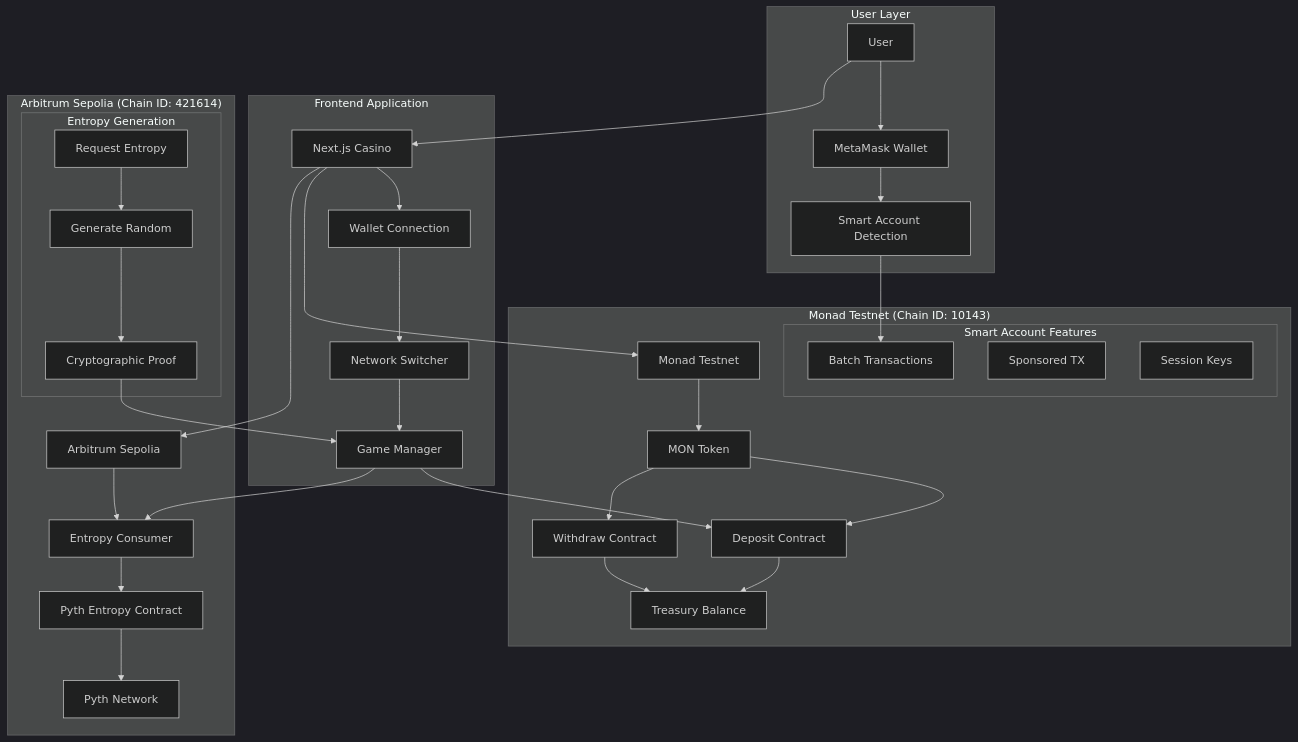
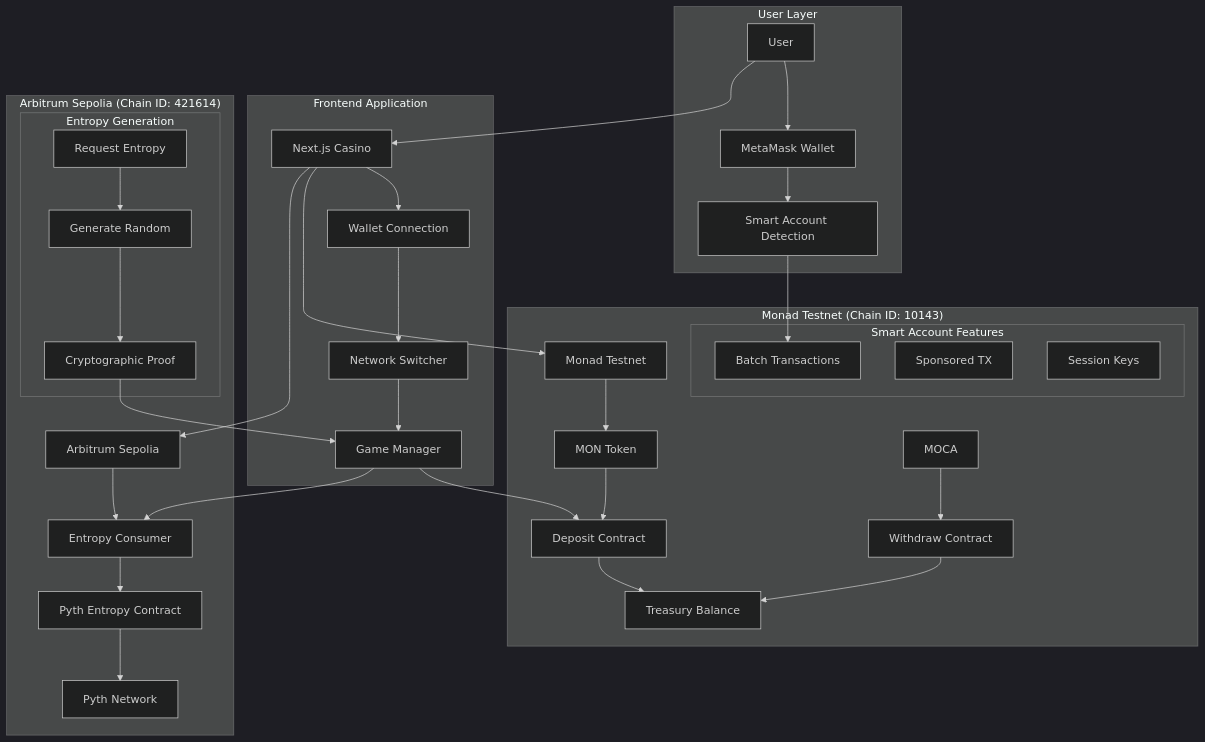
The fifth of 21 diagrams in MERMAID_DIAGRAMS.md (AmaanSayyad/APT-Casino-Moca), drawn with Mermaid (dark theme) before and after one commit. The commit also changed other lines of this file and 78 other files, not shown here.

Commit message:
moca contract and treasury update

````diff
--- a/MERMAID_DIAGRAMS.md
+++ b/MERMAID_DIAGRAMS.md
@@ -164,49 +164,49 @@
 ```mermaid
 graph TB
     subgraph User["User Layer"]
         U[User] --> W[MetaMask Wallet]
         W --> SA[Smart Account Detection]
     end
     
     subgraph Frontend["Frontend Application"]
         F[Next.js Casino] --> WC[Wallet Connection]
         WC --> NS[Network Switcher]
         NS --> GM[Game Manager]
     end
     
     subgraph MonadNet["Monad Testnet (Chain ID: 10143)"]
         MT[Monad Testnet] --> MON[MON Token]
         MON --> DEP[Deposit Contract]
-        MON --> WITH[Withdraw Contract]
+        MOCA --> WITH[Withdraw Contract]
         DEP --> TB[Treasury Balance]
         WITH --> TB
         
         subgraph SmartAccount["Smart Account Features"]
             BATCH[Batch Transactions]
             SPONSOR[Sponsored TX]
             SESSION[Session Keys]
         end
     end
     
     subgraph ArbitrumNet["Arbitrum Sepolia (Chain ID: 421614)"]
         AS[Arbitrum Sepolia] --> EC[Entropy Consumer]
         EC --> PE[Pyth Entropy Contract]
         PE --> PN[Pyth Network]
         
         subgraph EntropyFlow["Entropy Generation"]
             REQ[Request Entropy]
             GEN[Generate Random]
             PROOF[Cryptographic Proof]
         end
     end
     
     U --> F
     F --> MT
     F --> AS
     GM --> DEP
     GM --> EC
     SA --> BATCH
     REQ --> GEN
     GEN --> PROOF
     PROOF --> GM
 ```
````
